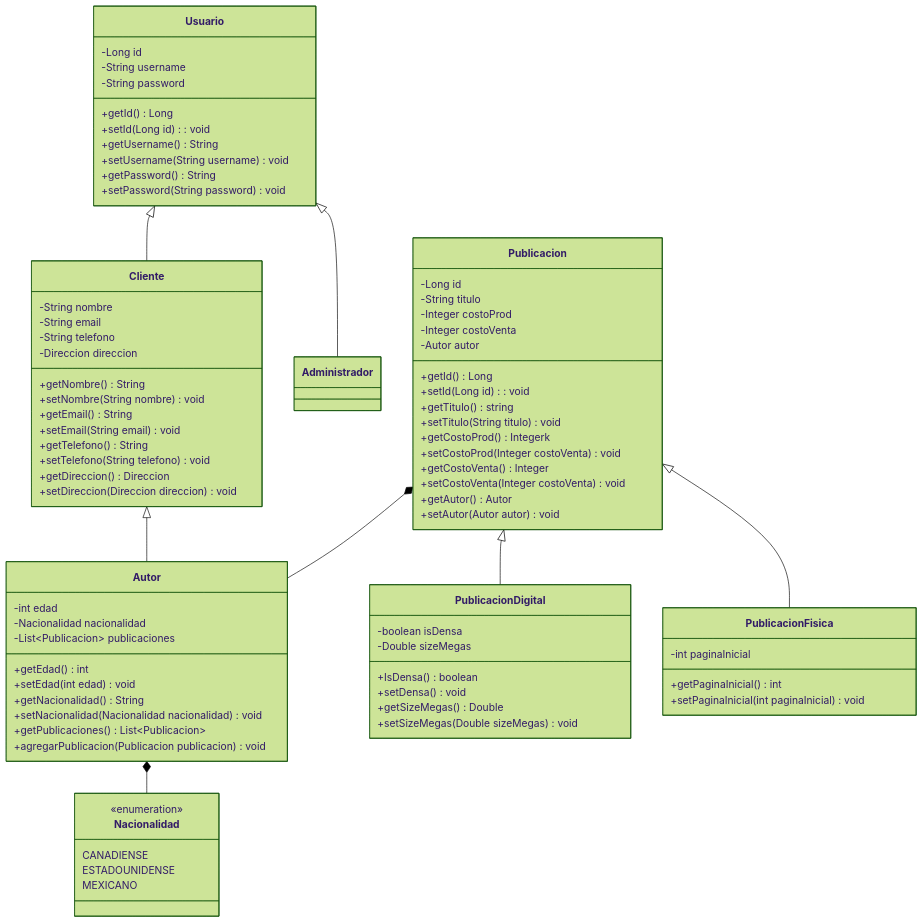
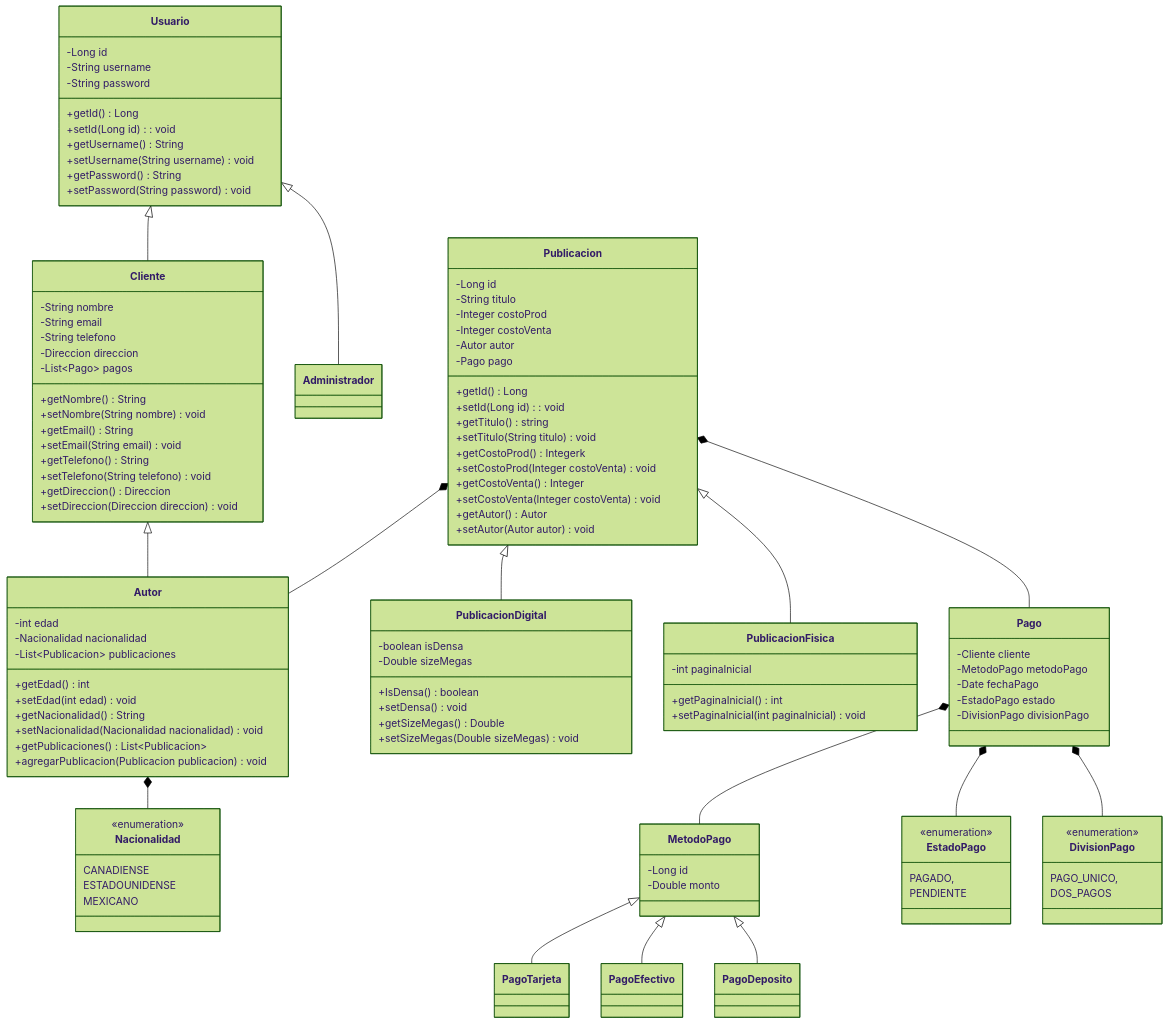
One commit to SilverFlin/U3_PruebasSoftware changed the diagram in 02_Design/ClassDiagrams/dominio.md. Above: the diagram before and after it, drawn with Mermaid (forest theme).

Commit message:
docs: clases de dominio

```diff
--- a/02_Design/ClassDiagrams/dominio.md
+++ b/02_Design/ClassDiagrams/dominio.md
@@ -12,6 +12,13 @@
     Usuario <|-- Cliente
     Cliente <|-- Autor
     Autor *-- Nacionalidad 
+     MetodoPago <|-- PagoTarjeta
+    MetodoPago <|-- PagoEfectivo
+    MetodoPago <|-- PagoDeposito
+    Pago *-- MetodoPago
+    Pago *-- EstadoPago
+    Pago *-- DivisionPago
+    Publicacion *-- Pago
 
 
     %% Classes
@@ -35,6 +42,7 @@
         -Integer costoProd
         -Integer costoVenta
         -Autor autor
+        -Pago pago
 
         +getId() Long
         +setId(Long id): void
@@ -49,7 +57,48 @@
     }
 
 
+
+    class Pago{
+        -Cliente cliente
+        -MetodoPago metodoPago
+        -Date fechaPago
+        -EstadoPago estado
+        -DivisionPago divisionPago
+        
+    }
+
+    class EstadoPago{
+        <<enumeration>>
+        PAGADO,
+        PENDIENTE
+    }
+
+    class DivisionPago{
+        <<enumeration>>
+        PAGO_UNICO,
+        DOS_PAGOS
+    }
+
+    
+
+    class MetodoPago{
+        -Long id        
+        -Double monto
+    }
+
+    class PagoTarjeta{
+
+    }
+    class PagoEfectivo{
+
+    }
+    class PagoDeposito{
+
+    }
+
    
+
+
 
     class PublicacionFisica{
         -int paginaInicial
@@ -86,6 +135,7 @@
         -String email
         -String telefono
         -Direccion direccion
+        -List~Pago~ pagos
 
         +getNombre() String
         +setNombre(String nombre) void
```
